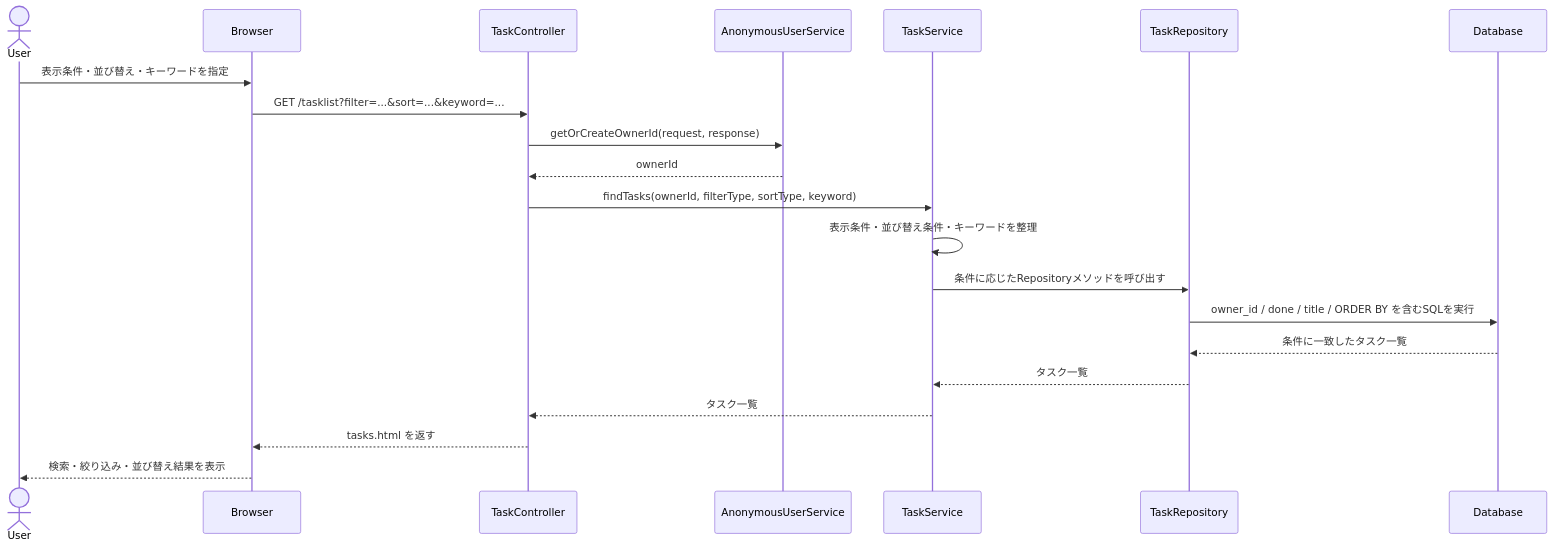
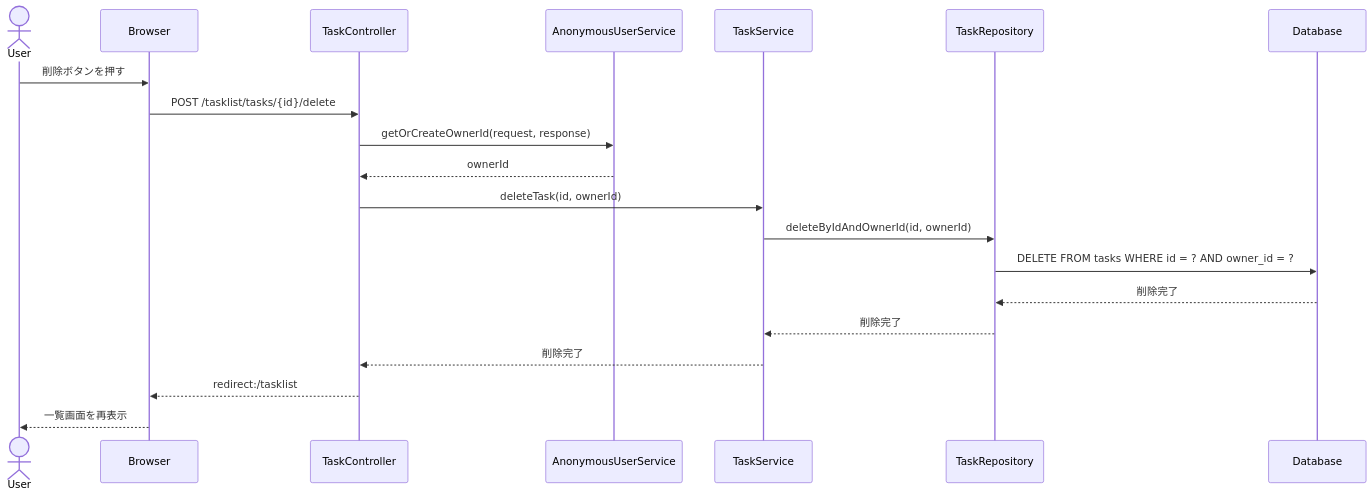
Before and after one commit to mkunori/TaskList: the fifth of 5 diagrams in README.md, drawn with Mermaid. The commit also changed other lines of this file, not shown here.

````diff
--- a/README.md
+++ b/README.md
@@ -278,24 +444,23 @@
 ```mermaid
 sequenceDiagram
     actor User
     participant Browser
-    participant TaskController
-    participant AnonymousUserService
-    participant TaskService
-    participant TaskRepository
-    participant Database
+    participant Controller as TaskController
+    participant Anonymous as AnonymousUserService
+    participant Service as TaskService
+    participant Repository as TaskRepository
+    participant DB as Database
 
-    User->>Browser: 表示条件・並び替え・キーワードを指定
-    Browser->>TaskController: GET /tasklist?filter=...&sort=...&keyword=...
-    TaskController->>AnonymousUserService: getOrCreateOwnerId(request, response)
-    AnonymousUserService-->>TaskController: ownerId
-    TaskController->>TaskService: findTasks(ownerId, filterType, sortType, keyword)
-    TaskService->>TaskService: 表示条件・並び替え条件・キーワードを整理
-    TaskService->>TaskRepository: 条件に応じたRepositoryメソッドを呼び出す
-    TaskRepository->>Database: owner_id / done / title / ORDER BY を含むSQLを実行
-    Database-->>TaskRepository: 条件に一致したタスク一覧
-    TaskRepository-->>TaskService: タスク一覧
-    TaskService-->>TaskController: タスク一覧
-    TaskController-->>Browser: tasks.html を返す
-    Browser-->>User: 検索・絞り込み・並び替え結果を表示
+    User->>Browser: 削除ボタンを押す
+    Browser->>Controller: POST /tasklist/tasks/{id}/delete
+    Controller->>Anonymous: getOrCreateOwnerId(request, response)
+    Anonymous-->>Controller: ownerId
+    Controller->>Service: deleteTask(id, ownerId)
+    Service->>Repository: deleteByIdAndOwnerId(id, ownerId)
+    Repository->>DB: DELETE FROM tasks WHERE id = ? AND owner_id = ?
+    DB-->>Repository: 削除完了
+    Repository-->>Service: 削除完了
+    Service-->>Controller: 削除完了
+    Controller-->>Browser: redirect:/tasklist
+    Browser-->>User: 一覧画面を再表示
 ```
````
